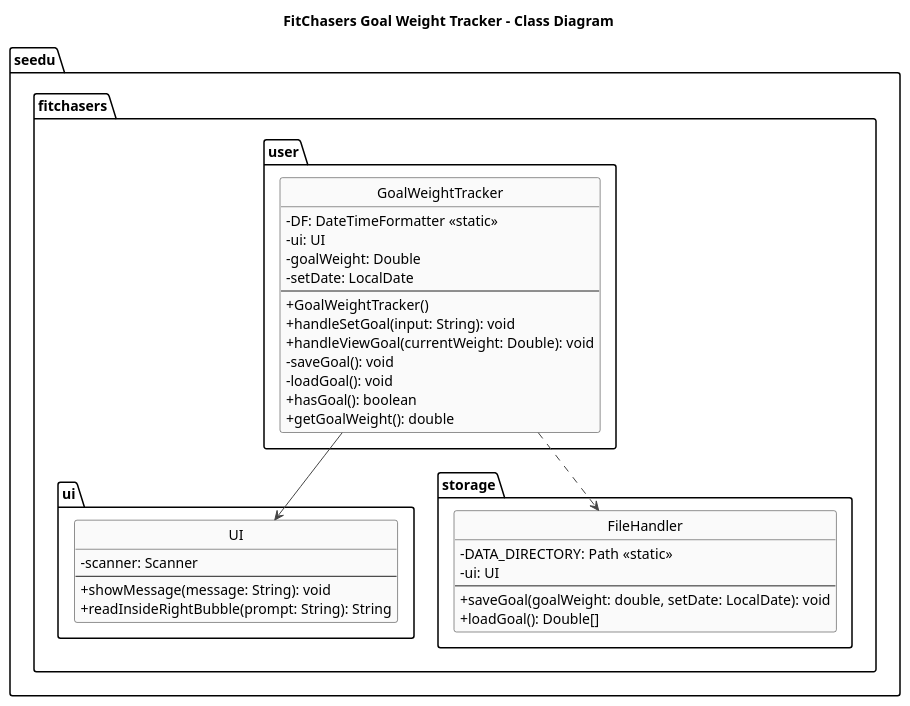
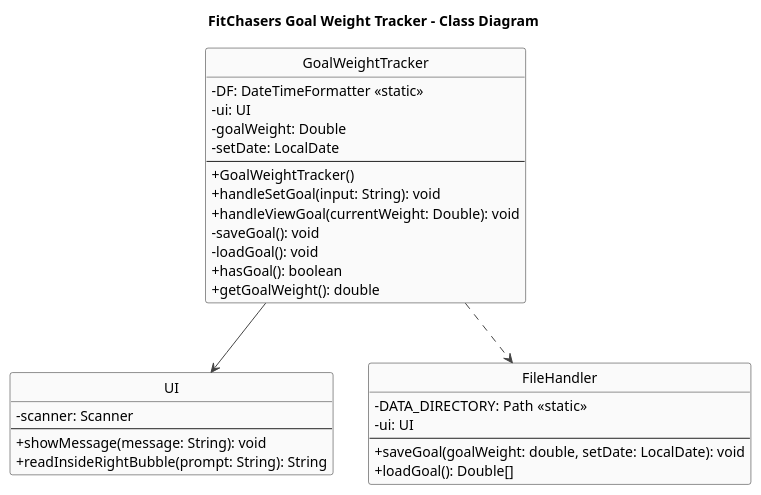
One commit to Exceptional-Khoi/tp changed the diagram in docs/diagrams/GoalWeightTracker_Class_Diagram.puml. Above: the diagram before and after it, drawn with PlantUML. The commit also changed 15 other files, not shown here.

```diff
--- a/docs/diagrams/GoalWeightTracker_Class_Diagram.puml
+++ b/docs/diagrams/GoalWeightTracker_Class_Diagram.puml
@@ -1,53 +1,47 @@
 @startuml
 title FitChasers Goal Weight Tracker - Class Diagram
 
 skinparam shadowing false
 skinparam classAttributeIconSize 0
 skinparam ArrowColor #444
 skinparam ClassBorderColor #222
 skinparam ClassBackgroundColor #FAFAFA
 
 hide circle
 hide stereotype
 
-package "seedu.fitchasers.user" {
-  class GoalWeightTracker {
-    -DF: DateTimeFormatter <<static>>
-    -ui: UI
-    -goalWeight: Double
-    -setDate: LocalDate
-    --
-    +GoalWeightTracker()
-    +handleSetGoal(input: String): void
-    +handleViewGoal(currentWeight: Double): void
-    -saveGoal(): void
-    -loadGoal(): void
-    +hasGoal(): boolean
-    +getGoalWeight(): double
-  }
+class GoalWeightTracker {
+-DF: DateTimeFormatter <<static>>
+-ui: UI
+-goalWeight: Double
+-setDate: LocalDate
+--
++GoalWeightTracker()
++handleSetGoal(input: String): void
++handleViewGoal(currentWeight: Double): void
+-saveGoal(): void
+-loadGoal(): void
++hasGoal(): boolean
++getGoalWeight(): double
 }
 
-package "seedu.fitchasers.ui" {
-  class UI {
-    -scanner: Scanner
-    --
-    +showMessage(message: String): void
-    +readInsideRightBubble(prompt: String): String
-  }
+class UI {
+-scanner: Scanner
+--
++showMessage(message: String): void
++readInsideRightBubble(prompt: String): String
 }
 
-package "seedu.fitchasers.storage" {
-  class FileHandler {
-    -DATA_DIRECTORY: Path <<static>>
-    -ui: UI
-    --
-    +saveGoal(goalWeight: double, setDate: LocalDate): void
-    +loadGoal(): Double[]
-  }
+class FileHandler {
+-DATA_DIRECTORY: Path <<static>>
+-ui: UI
+--
++saveGoal(goalWeight: double, setDate: LocalDate): void
++loadGoal(): Double[]
 }
 
 ' === Relationships ===
 GoalWeightTracker --> UI
 GoalWeightTracker ..> FileHandler
 
 @enduml
```
